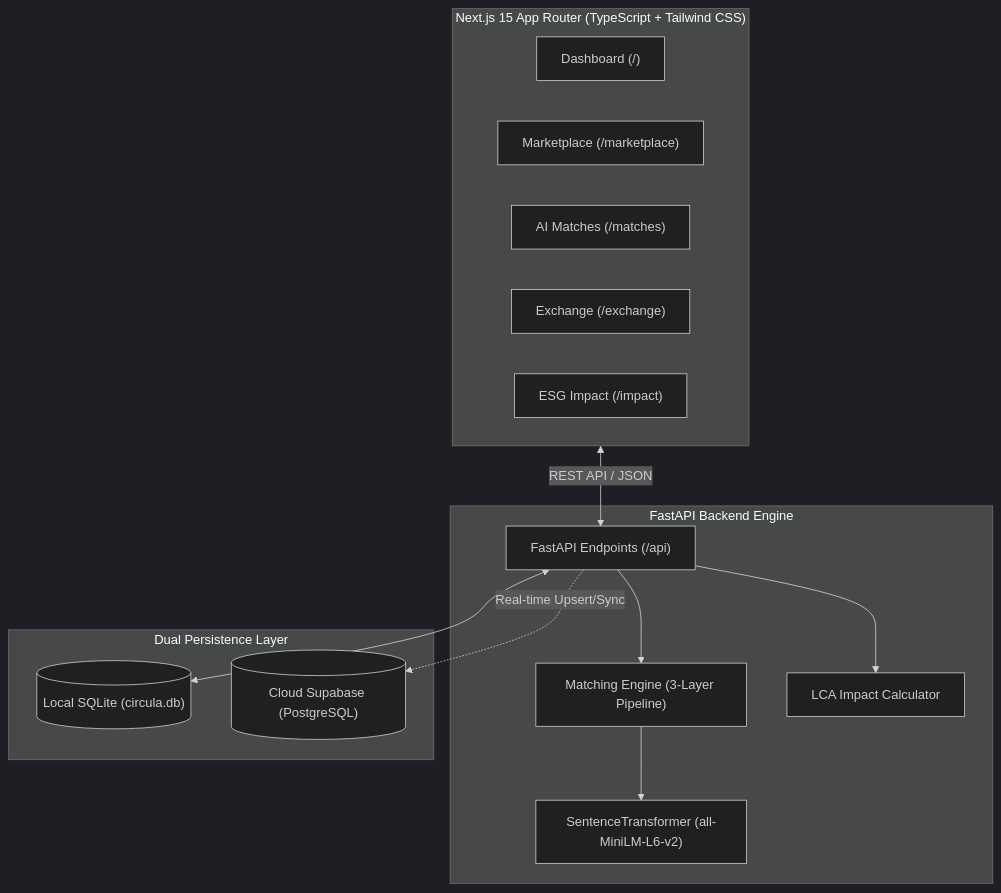
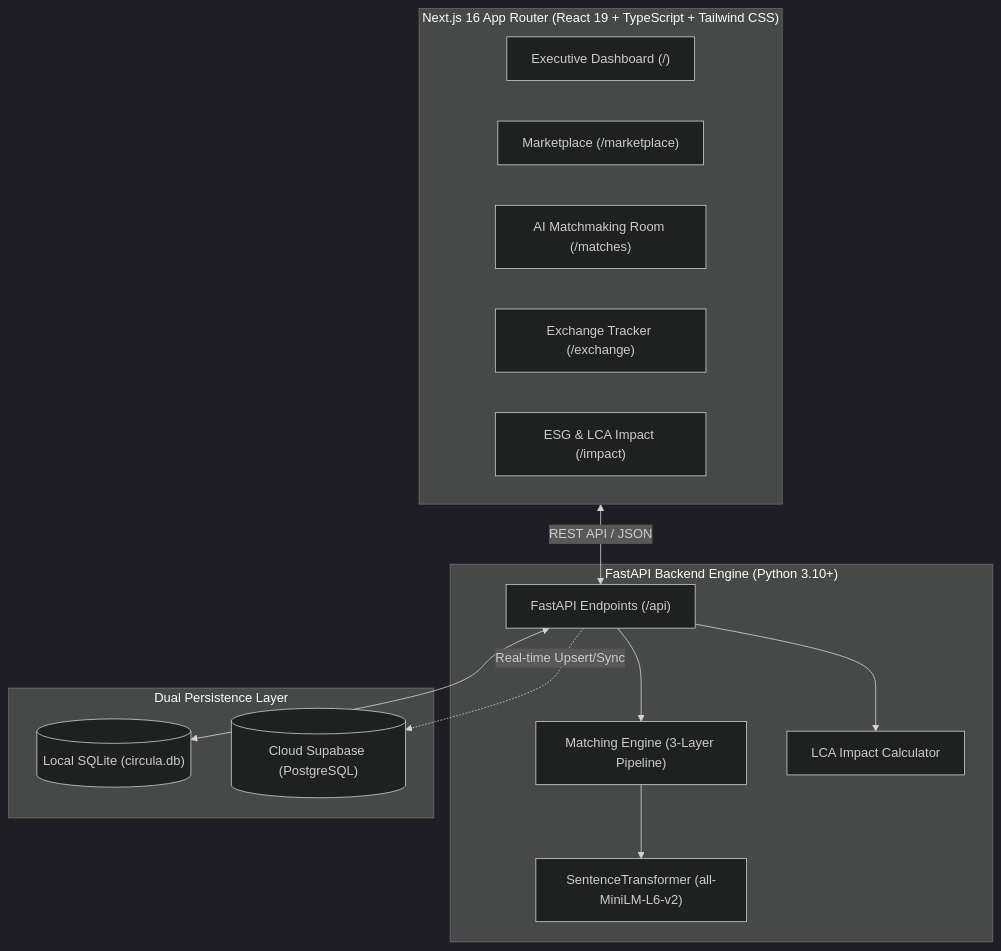
One commit to THICHANAMOORTHY/b2b changed the diagram in README.md. Above: the diagram before and after it, drawn with Mermaid (dark theme). The commit also changed other lines of this file and 14 other files, not shown here.

Commit message:
docs: update README with enhanced architecture, root commands, and stack details

````diff
--- a/README.md
+++ b/README.md
@@ -49,29 +52,29 @@
 ```mermaid
 graph TD
-    subgraph Frontend ["Next.js 15 App Router (TypeScript + Tailwind CSS)"]
-        UI_Home["Dashboard (/)"]
+    subgraph Frontend ["Next.js 16 App Router (React 19 + TypeScript + Tailwind CSS)"]
+        UI_Home["Executive Dashboard (/)"]
         UI_Market["Marketplace (/marketplace)"]
-        UI_Matches["AI Matches (/matches)"]
-        UI_Exchange["Exchange (/exchange)"]
-        UI_Impact["ESG Impact (/impact)"]
+        UI_Matches["AI Matchmaking Room (/matches)"]
+        UI_Exchange["Exchange Tracker (/exchange)"]
+        UI_Impact["ESG & LCA Impact (/impact)"]
     end
 
-    subgraph Backend ["FastAPI Backend Engine"]
+    subgraph Backend ["FastAPI Backend Engine (Python 3.10+)"]
         API_Gateway["FastAPI Endpoints (/api)"]
         Match_Service["Matching Engine (3-Layer Pipeline)"]
         Impact_Service["LCA Impact Calculator"]
         AI_Model["SentenceTransformer (all-MiniLM-L6-v2)"]
     end
 
     subgraph Storage ["Dual Persistence Layer"]
         SQLite_DB[("Local SQLite (circula.db)")]
         Supabase_DB[("Cloud Supabase (PostgreSQL)")]
     end
 
     Frontend <-->|REST API / JSON| API_Gateway
     API_Gateway --> Match_Service
     API_Gateway --> Impact_Service
     Match_Service --> AI_Model
     API_Gateway <--> SQLite_DB
     API_Gateway -.->|Real-time Upsert/Sync| Supabase_DB
 ```
````
